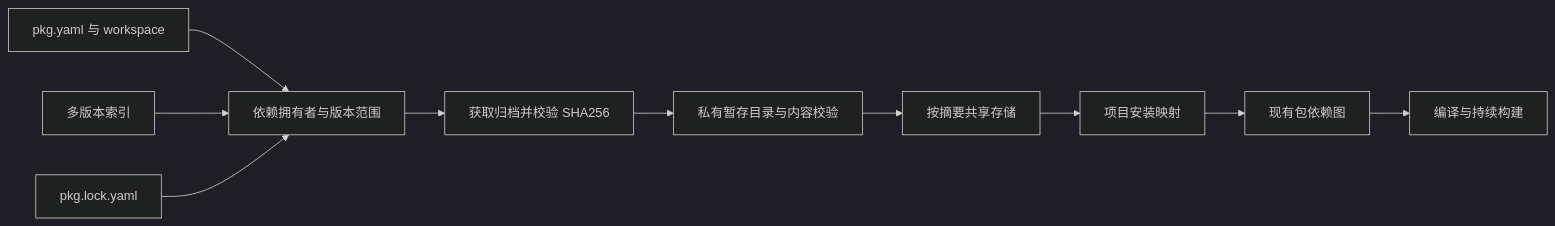
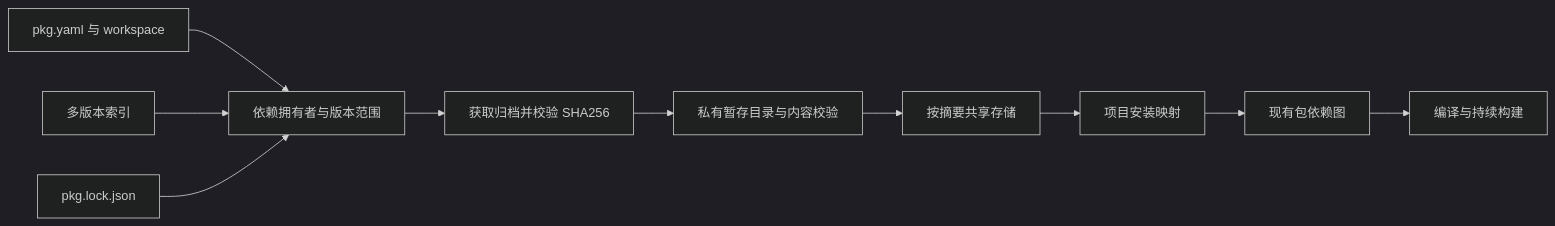
The first of 3 diagrams in docs/2026-10-04/外部包安装实施计划.md (MatrixAges/zxc), drawn with Mermaid (dark theme) before and after one commit. The commit also changed other lines of this file and 32 other files, not shown here.

Commit message:
feat(pkgs): install and consume locked ZX dependency graphs

````diff
--- a/docs/2026-10-04/外部包安装实施计划.md
+++ b/docs/2026-10-04/外部包安装实施计划.md
@@ -29,12 +29,12 @@
 ```mermaid
 flowchart LR
     Manifest[pkg.yaml 与 workspace] --> Resolve[依赖拥有者与版本范围]
     Index[多版本索引] --> Resolve
-    Lock[pkg.lock.yaml] --> Resolve
+    Lock[pkg.lock.json] --> Resolve
     Resolve --> Fetch[获取归档并校验 SHA256]
     Fetch --> Extract[私有暂存目录与内容校验]
     Extract --> Store[按摘要共享存储]
     Store --> Map[项目安装映射]
     Map --> Graph[现有包依赖图]
     Graph --> Compile[编译与持续构建]
 ```
````
